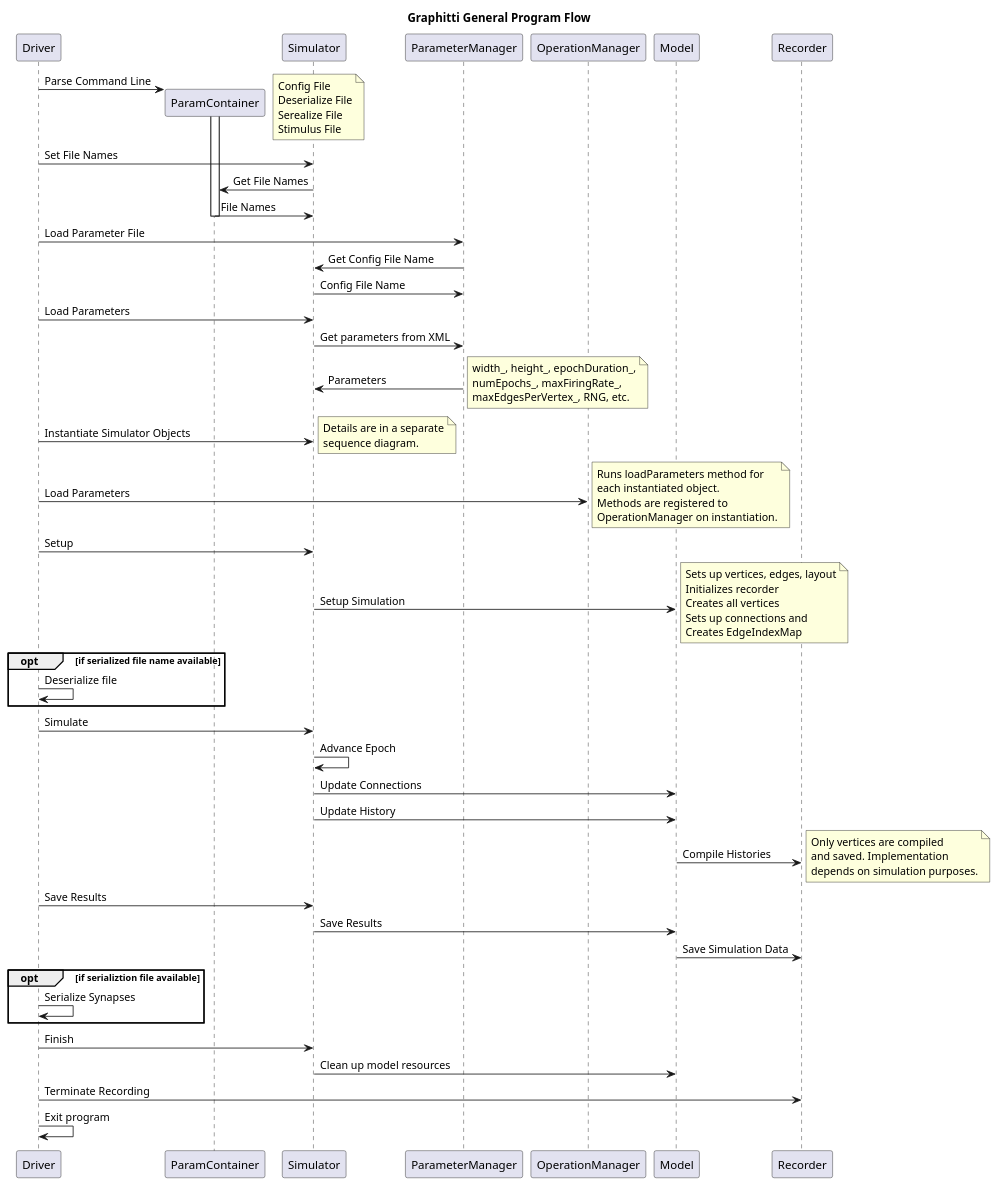
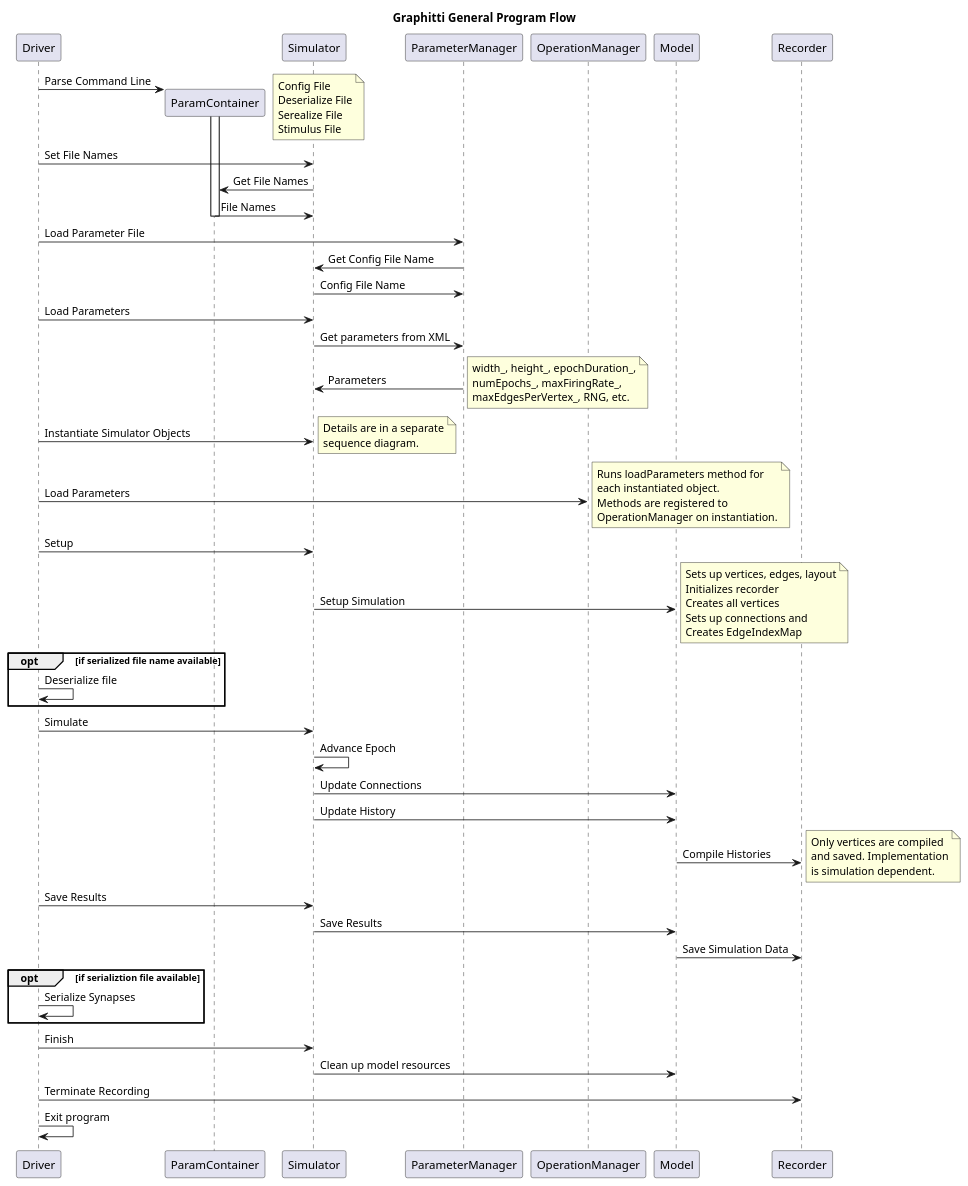
Before and after one commit to UWB-Biocomputing/Graphitti: the diagram in docs/Developer/UML/topLevelFlow.puml, drawn with PlantUML. The commit also changed 10 other files, not shown here.

Commit message:
UML Diagrams will be generated in a diagrams directory under UML

```diff
--- a/docs/Developer/UML/topLevelFlow.puml
+++ b/docs/Developer/UML/topLevelFlow.puml
@@ -1,84 +1,84 @@
 @startuml topLevelFlow
 
 title Graphitti General Program Flow
 
 Driver -> ParamContainer **: Parse Command Line
 activate ParamContainer
 note right
     Config File
     Deserialize File
     Serealize File
     Stimulus File
 end note
 
 Driver -> Simulator: Set File Names
 Simulator -> ParamContainer: Get File Names
 ParamContainer -> Simulator: File Names
 deactivate ParamContainer
 
 Driver -> ParameterManager: Load Parameter File
 ParameterManager -> Simulator: Get Config File Name
 Simulator -> ParameterManager: Config File Name
 Driver -> Simulator: Load Parameters
 Simulator -> ParameterManager: Get parameters from XML
 ParameterManager -> Simulator: Parameters
 note right
     width_, height_, epochDuration_,
     numEpochs_, maxFiringRate_,
     maxEdgesPerVertex_, RNG, etc.
 end note
 
 Driver -> Simulator: Instantiate Simulator Objects
 note right
     Details are in a separate
     sequence diagram.
 end note
 
 ' Expand in a separate diagram
 Driver -> OperationManager: Load Parameters
 note right
     Runs loadParameters method for
     each instantiated object.
     Methods are registered to
     OperationManager on instantiation.
 end note
 
 Driver -> Simulator: Setup
 Simulator -> Model: Setup Simulation
 note right
     Sets up vertices, edges, layout
     Initializes recorder
     Creates all vertices
     Sets up connections and
     Creates EdgeIndexMap
 end note
 
 opt if serialized file name available
     Driver -> Driver: Deserialize file
 end
 
 Driver -> Simulator: Simulate
 Simulator -> Simulator: Advance Epoch
 Simulator -> Model: Update Connections
 Simulator -> Model: Update History
 Model -> Recorder: Compile Histories
 note right
     Only vertices are compiled
     and saved. Implementation
-    depends on simulation purposes.
+    is simulation dependent.
 end note
 
 Driver -> Simulator: Save Results
 Simulator -> Model: Save Results
 Model -> Recorder: Save Simulation Data
 
 opt if serializtion file available
     Driver -> Driver: Serialize Synapses
 end
 
 Driver -> Simulator: Finish
 Simulator -> Model: Clean up model resources
 Driver -> Recorder: Terminate Recording
 Driver -> Driver: Exit program
 
 @enduml
```
